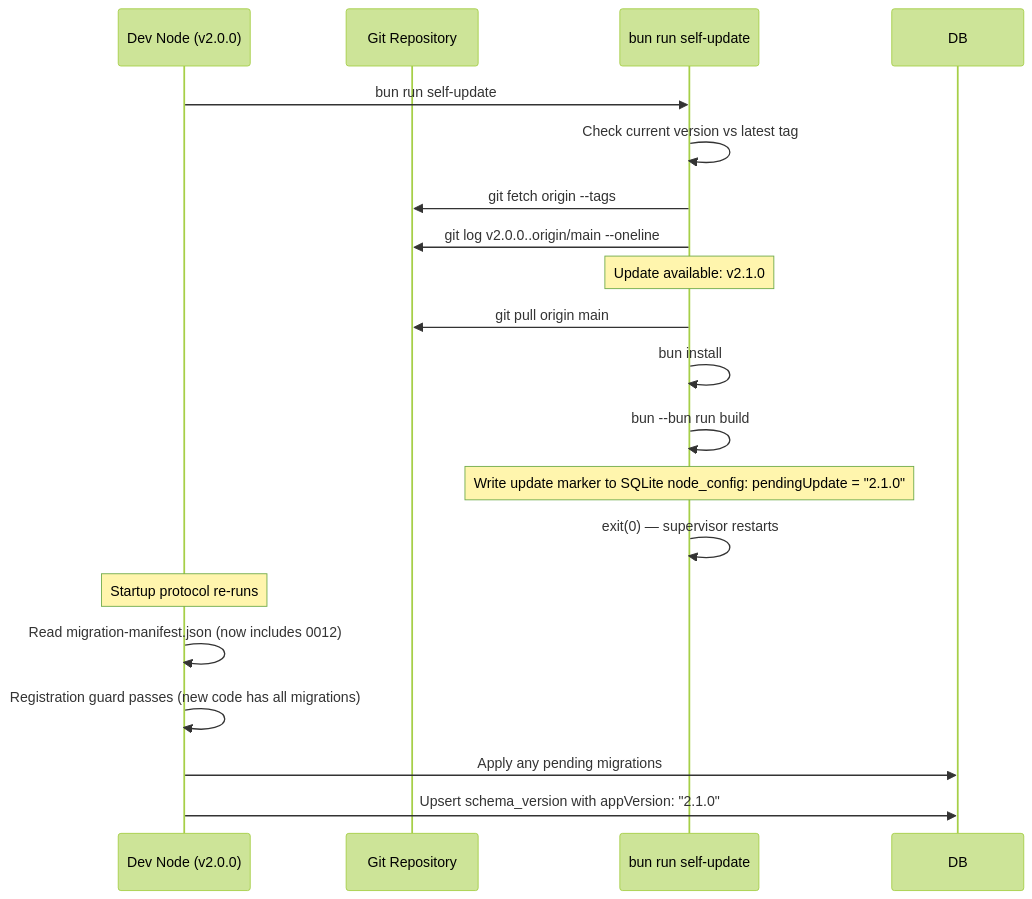
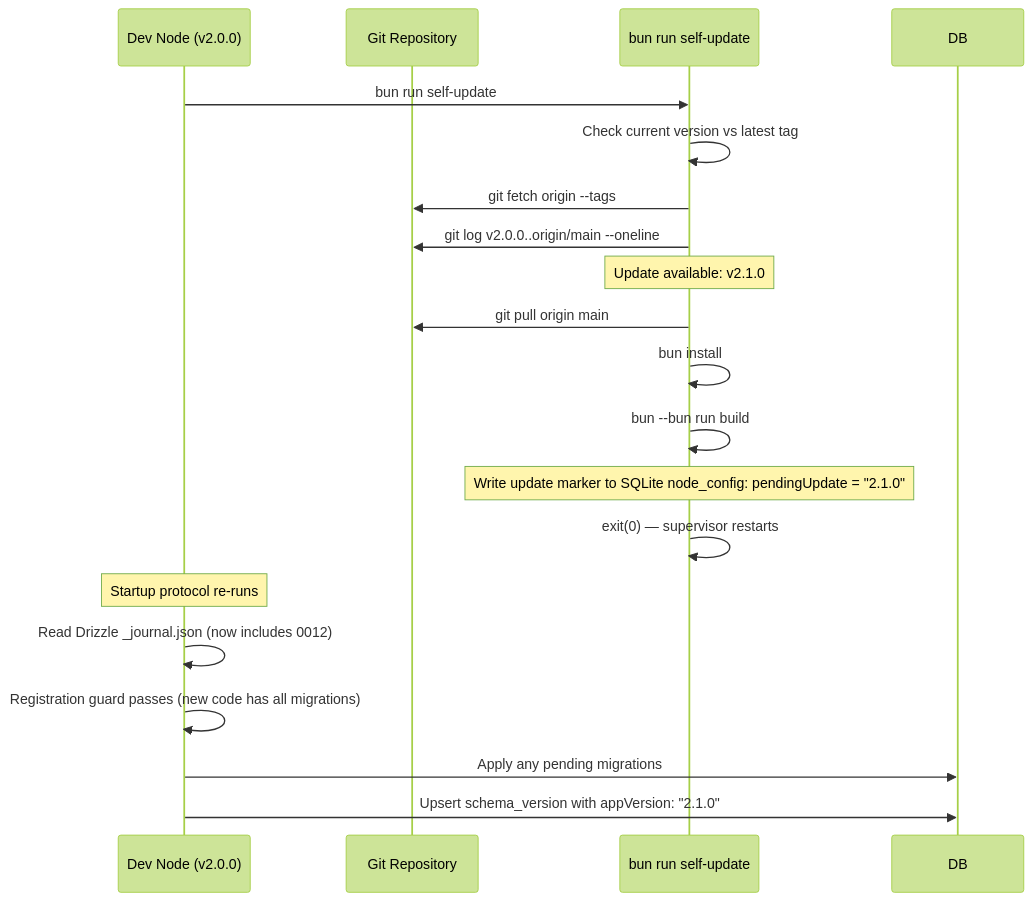
The sixth of 6 diagrams in apps/doc/content/docs/dev/global-db-migration-management.mdx (N0SAFE/deployer), drawn with Mermaid (forest theme) before and after one commit. The commit also changed other lines of this file and 2 other files, not shown here.

````diff
--- a/apps/doc/content/docs/dev/global-db-migration-management.mdx
+++ b/apps/doc/content/docs/dev/global-db-migration-management.mdx
@@ -874,26 +866,26 @@
 ```mermaid
 sequenceDiagram
     participant Node as Dev Node (v2.0.0)
     participant Git as Git Repository
     participant Script as bun run self-update
 
     Node->>Script: bun run self-update
     Script->>Script: Check current version vs latest tag
     Script->>Git: git fetch origin --tags
     Script->>Git: git log v2.0.0..origin/main --oneline
     
     Note over Script: Update available: v2.1.0
     
     Script->>Git: git pull origin main
     Script->>Script: bun install
     Script->>Script: bun --bun run build
     
     Note over Script: Write update marker to SQLite node_config: pendingUpdate = "2.1.0"
     Script->>Script: exit(0) — supervisor restarts
     
     Note over Node: Startup protocol re-runs
-    Node->>Node: Read migration-manifest.json (now includes 0012)
+    Node->>Node: Read Drizzle _journal.json (now includes 0012)
     Node->>Node: Registration guard passes (new code has all migrations)
     Node->>DB: Apply any pending migrations
     Node->>DB: Upsert schema_version with appVersion: "2.1.0"
 ```
````
